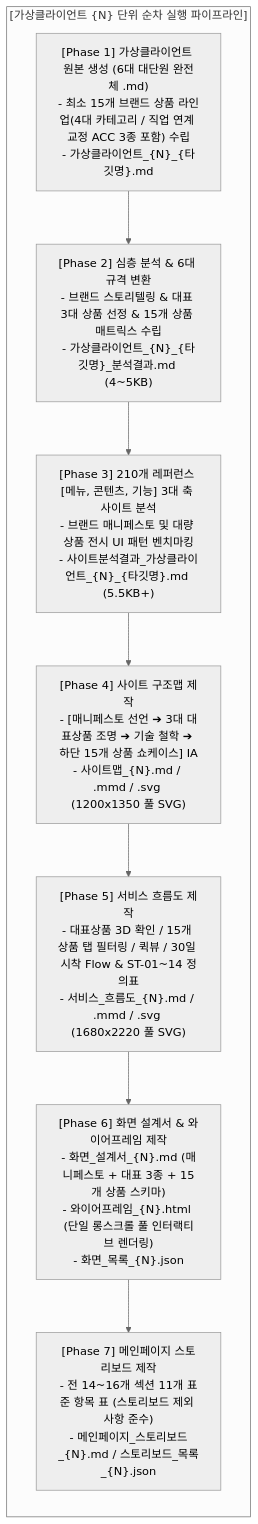
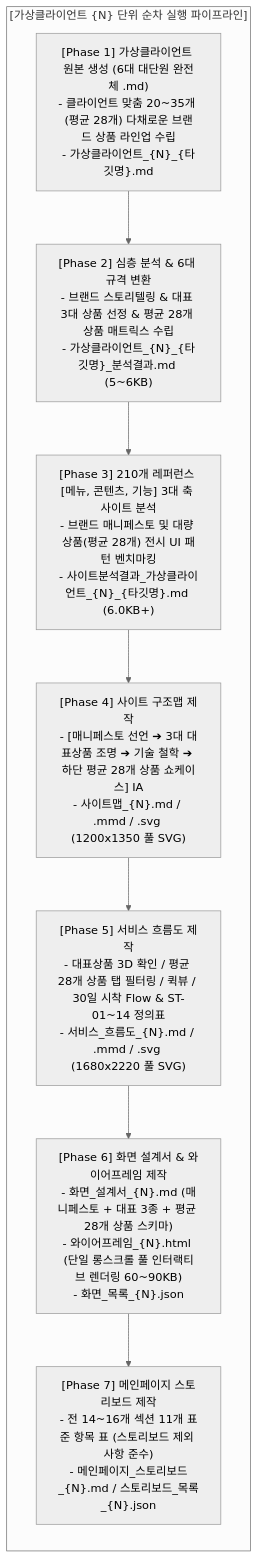
The diagram in md_skill/통합_자동화/AGENTS.md (dladusdn4562-bot/wireframe), drawn with Mermaid (neutral theme) before and after one commit. The commit also changed other lines of this file and 36 other files, not shown here.

````diff
--- a/md_skill/통합_자동화/AGENTS.md
+++ b/md_skill/통합_자동화/AGENTS.md
@@ -57,15 +57,15 @@
 ```mermaid
 flowchart TD
     subgraph ClientLoop["[가상클라이언트 {N} 단위 순차 실행 파이프라인]"]
         direction TB
-        P1["[Phase 1] 가상클라이언트 원본 생성 (6대 대단원 완전체 .md)\n- 최소 15개 브랜드 상품 라인업(4대 카테고리 / 직업 연계 교정 ACC 3종 포함) 수립\n- 가상클라이언트_{N}_{타깃명}.md"]
-        P2["[Phase 2] 심층 분석 & 6대 규격 변환\n- 브랜드 스토리텔링 & 대표 3대 상품 선정 & 15개 상품 매트릭스 수립\n- 가상클라이언트_{N}_{타깃명}_분석결과.md (4~5KB)"]
-        P3["[Phase 3] 210개 레퍼런스 [메뉴, 콘텐츠, 기능] 3대 축 사이트 분석\n- 브랜드 매니페스토 및 대량 상품 전시 UI 패턴 벤치마킹\n- 사이트분석결과_가상클라이언트_{N}_{타깃명}.md (5.5KB+)"]
-        P4["[Phase 4] 사이트 구조맵 제작\n- [매니페스토 선언 ➔ 3대 대표상품 조명 ➔ 기술 철학 ➔ 하단 15개 상품 쇼케이스] IA\n- 사이트맵_{N}.md / .mmd / .svg (1200x1350 풀 SVG)"]
-        P5["[Phase 5] 서비스 흐름도 제작\n- 대표상품 3D 확인 / 15개 상품 탭 필터링 / 퀵뷰 / 30일 시착 Flow & ST-01~14 정의표\n- 서비스_흐름도_{N}.md / .mmd / .svg (1680x2220 풀 SVG)"]
-        P6["[Phase 6] 화면 설계서 & 와이어프레임 제작\n- 화면_설계서_{N}.md (매니페스토 + 대표 3종 + 15개 상품 스키마)\n- 와이어프레임_{N}.html (단일 롱스크롤 풀 인터랙티브 렌더링)\n- 화면_목록_{N}.json"]
+        P1["[Phase 1] 가상클라이언트 원본 생성 (6대 대단원 완전체 .md)\n- 클라이언트 맞춤 20~35개 (평균 28개) 다채로운 브랜드 상품 라인업 수립\n- 가상클라이언트_{N}_{타깃명}.md"]
+        P2["[Phase 2] 심층 분석 & 6대 규격 변환\n- 브랜드 스토리텔링 & 대표 3대 상품 선정 & 평균 28개 상품 매트릭스 수립\n- 가상클라이언트_{N}_{타깃명}_분석결과.md (5~6KB)"]
+        P3["[Phase 3] 210개 레퍼런스 [메뉴, 콘텐츠, 기능] 3대 축 사이트 분석\n- 브랜드 매니페스토 및 대량 상품(평균 28개) 전시 UI 패턴 벤치마킹\n- 사이트분석결과_가상클라이언트_{N}_{타깃명}.md (6.0KB+)"]
+        P4["[Phase 4] 사이트 구조맵 제작\n- [매니페스토 선언 ➔ 3대 대표상품 조명 ➔ 기술 철학 ➔ 하단 평균 28개 상품 쇼케이스] IA\n- 사이트맵_{N}.md / .mmd / .svg (1200x1350 풀 SVG)"]
+        P5["[Phase 5] 서비스 흐름도 제작\n- 대표상품 3D 확인 / 평균 28개 상품 탭 필터링 / 퀵뷰 / 30일 시착 Flow & ST-01~14 정의표\n- 서비스_흐름도_{N}.md / .mmd / .svg (1680x2220 풀 SVG)"]
+        P6["[Phase 6] 화면 설계서 & 와이어프레임 제작\n- 화면_설계서_{N}.md (매니페스토 + 대표 3종 + 평균 28개 상품 스키마)\n- 와이어프레임_{N}.html (단일 롱스크롤 풀 인터랙티브 렌더링 60~90KB)\n- 화면_목록_{N}.json"]
         P7["[Phase 7] 메인페이지 스토리보드 제작\n- 전 14~16개 섹션 11개 표준 항목 표 (스토리보드 제외 사항 준수)\n- 메인페이지_스토리보드_{N}.md / 스토리보드_목록_{N}.json"]
 
         P1 --> P2 --> P3 --> P4 --> P5 --> P6 --> P7
     end
 ```
````
